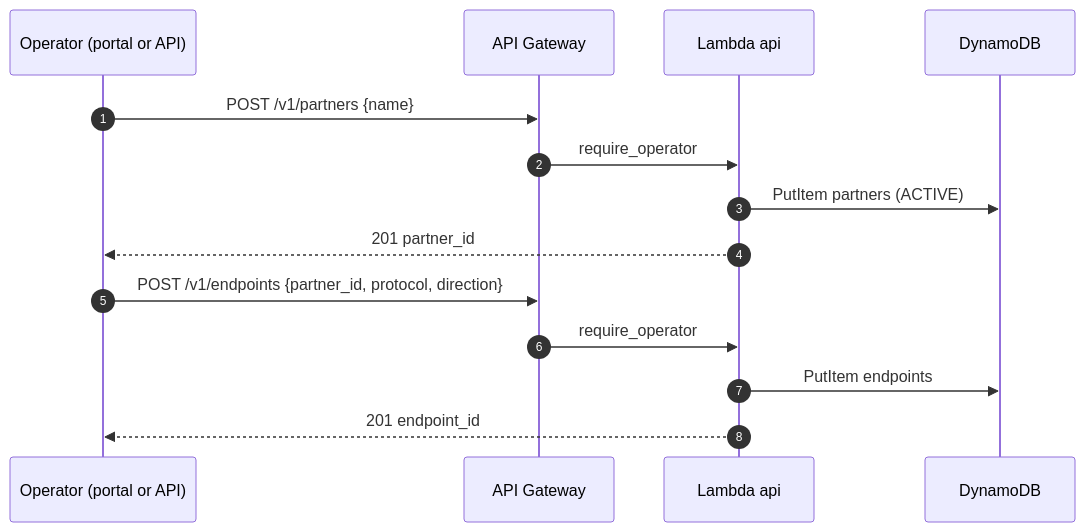
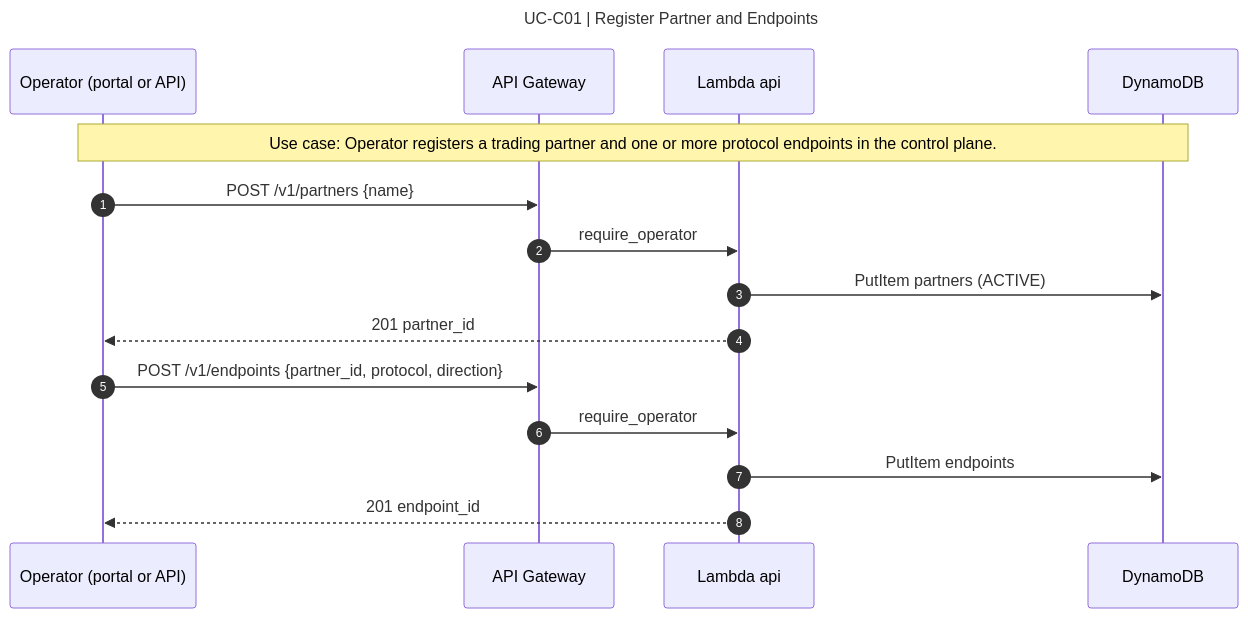
Before and after one commit to bayareala8s/BayRelayAI: the fifth of 31 diagrams in docs/SEQUENCE_DIAGRAMS.md, drawn with Mermaid. The commit also changed other lines of this file and 68 other files, not shown here.

First line of the commit message:
Add title and use-case labels to all sequence diagrams.

````diff
--- a/docs/SEQUENCE_DIAGRAMS.md
+++ b/docs/SEQUENCE_DIAGRAMS.md
@@ -147,18 +171,22 @@
 ```mermaid
+---
+title: UC-C01 | Register Partner and Endpoints
+---
 sequenceDiagram
   autonumber
   participant Op as Operator (portal or API)
   participant APIGW as API Gateway
   participant API as Lambda api
   participant DDB as DynamoDB
+  Note over Op,DDB: Use case: Operator registers a trading partner and one or more protocol endpoints in the control plane.
 
   Op->>APIGW: POST /v1/partners {name}
   APIGW->>API: require_operator
   API->>DDB: PutItem partners (ACTIVE)
   API-->>Op: 201 partner_id
 
   Op->>APIGW: POST /v1/endpoints {partner_id, protocol, direction}
   APIGW->>API: require_operator
   API->>DDB: PutItem endpoints
   API-->>Op: 201 endpoint_id
 ```
````
